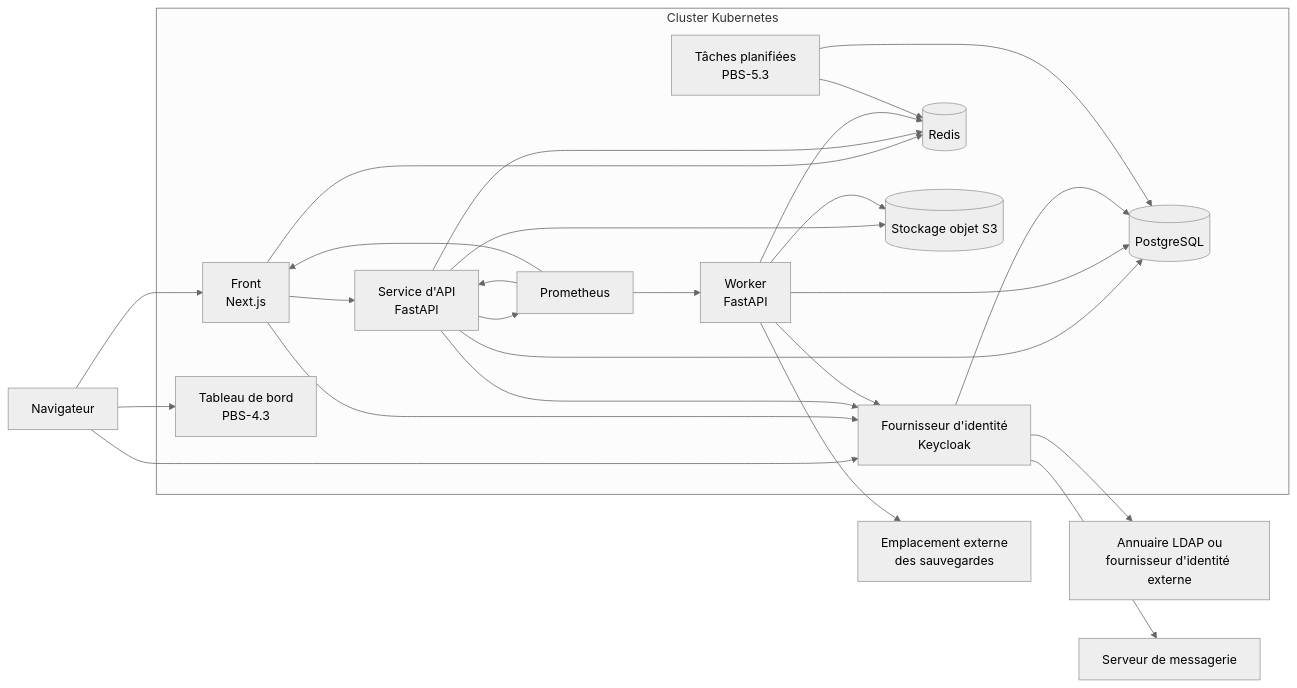
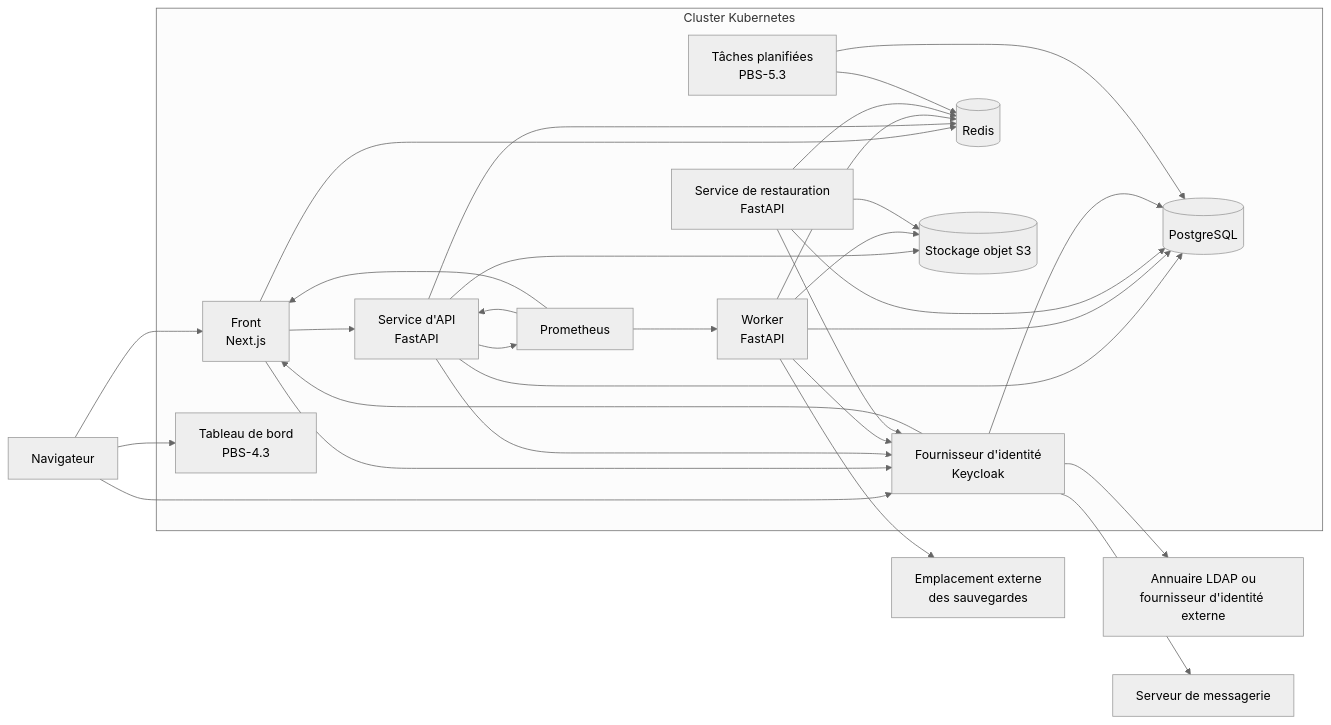
One commit to waterfall-project/wf-project changed the diagram in docs/spec/figures/deploiement.mmd. Above: the diagram before and after it, drawn with Mermaid (neutral theme). The commit also changed 5 other files, not shown here.

```diff
--- a/docs/spec/figures/deploiement.mmd
+++ b/docs/spec/figures/deploiement.mmd
@@ -1,41 +1,47 @@
 flowchart LR
     Navigateur["Navigateur"]
     subgraph Cluster["Cluster Kubernetes"]
         Front["Front<br>Next.js"]
         API["Service d'API<br>FastAPI"]
         Worker["Worker<br>FastAPI"]
+        Restore["Service de restauration<br>FastAPI"]
         IdP["Fournisseur d'identité<br>Keycloak"]
         PG[("PostgreSQL")]
         Redis[("Redis")]
         S3[("Stockage objet S3")]
         Prometheus["Prometheus"]
         Planif["Tâches planifiées<br>PBS-5.3"]
         Dashboard["Tableau de bord<br>PBS-4.3"]
     end
     Annuaire["Annuaire LDAP ou<br>fournisseur d'identité externe"]
     SMTP["Serveur de messagerie"]
     Externe["Emplacement externe<br>des sauvegardes"]
     Navigateur --> Front
     Navigateur --> IdP
     Front --> API
     Front --> IdP
     Front --> Redis
     API --> IdP
     API --> PG
     API --> Redis
     API --> S3
     Worker --> PG
     Worker --> Redis
     Worker --> IdP
     Worker --> S3
+    Restore --> PG
+    Restore --> Redis
+    Restore --> S3
+    Restore --> IdP
     IdP --> PG
     IdP --> Annuaire
     IdP --> SMTP
+    IdP --> Front
     Planif --> PG
     Planif --> Redis
     API --> Prometheus
     Navigateur --> Dashboard
     Worker --> Externe
     Prometheus --> API
     Prometheus --> Worker
     Prometheus --> Front
```
